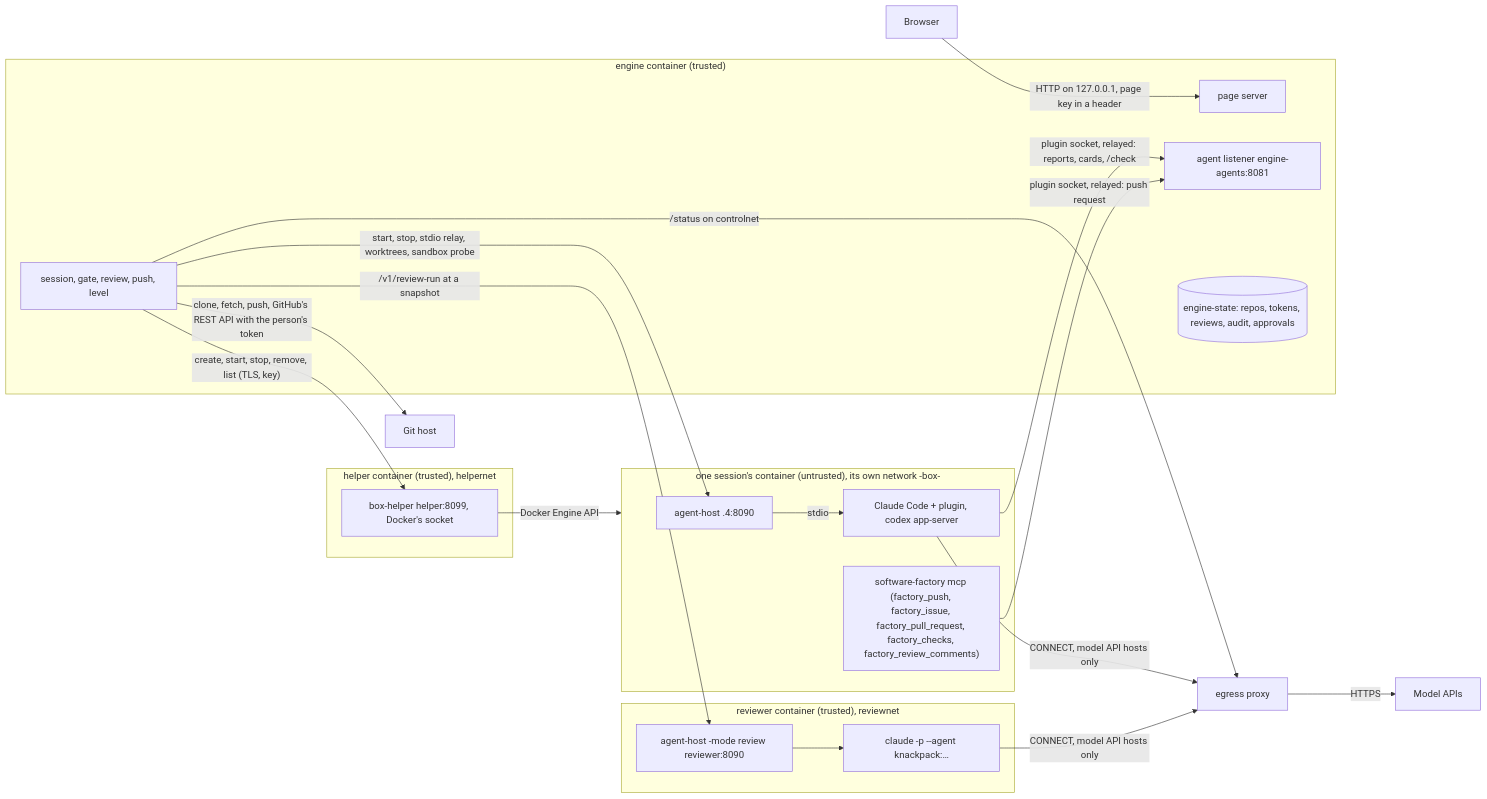
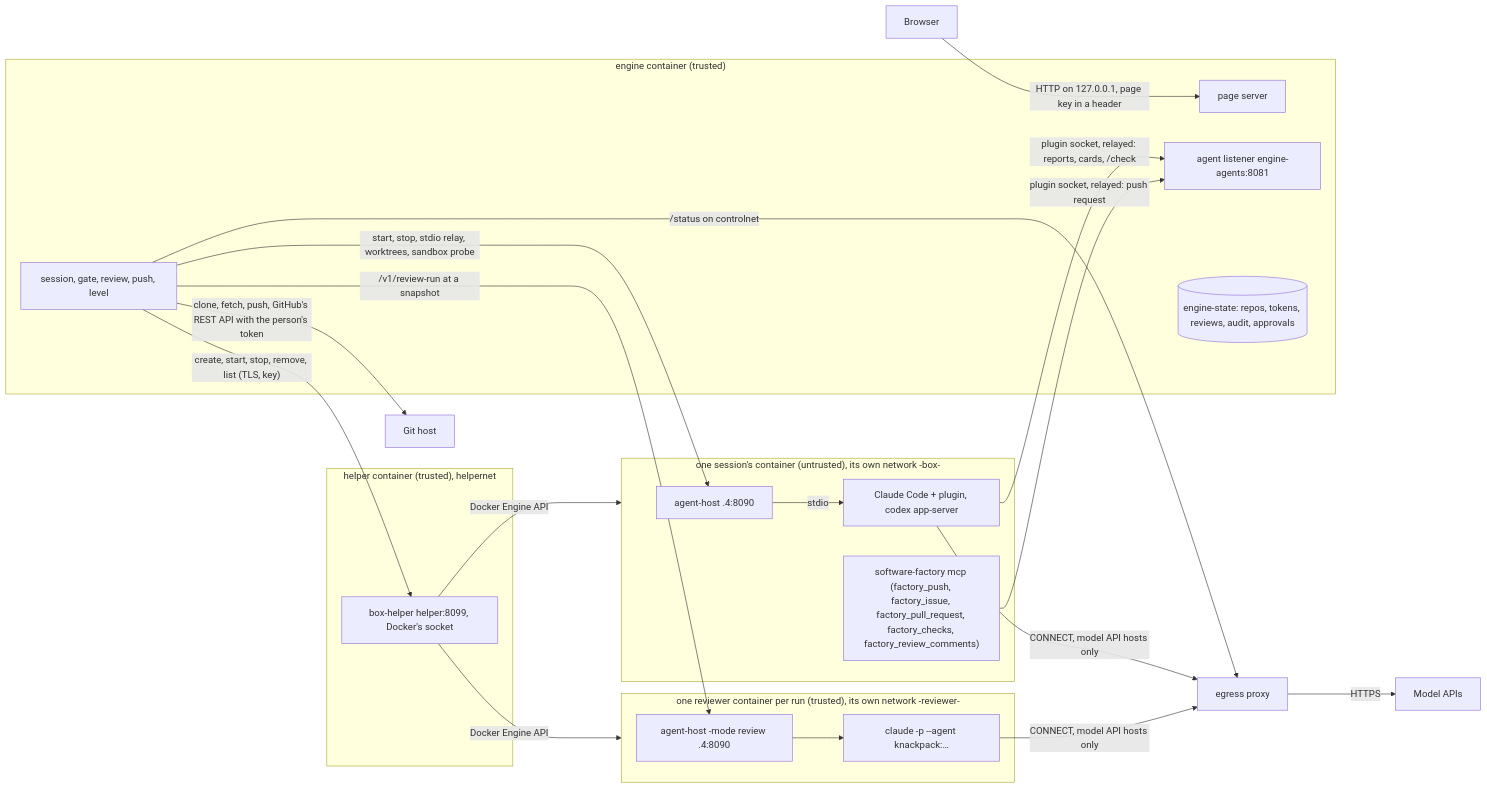
One commit to bezmoradi/software-factory changed the first of 2 diagrams in ARCHITECTURE.md. Above: the diagram before and after it, drawn with Mermaid. The commit also changed other lines of this file and 76 other files, not shown here.

````diff
--- a/ARCHITECTURE.md
+++ b/ARCHITECTURE.md
@@ -14,36 +14,37 @@
 ```mermaid
 flowchart LR
   browser["Browser"] -- "HTTP on 127.0.0.1, page key in a header" --> page
   subgraph engineC["engine container (trusted)"]
     page["page server"]
     core["session, gate, review, push, level"]
     alisten["agent listener engine-agents:8081"]
     state[("engine-state: repos, tokens, reviews, audit, approvals")]
   end
   subgraph helperC["helper container (trusted), helpernet"]
     helper["box-helper helper:8099, Docker's socket"]
   end
   subgraph agentC["one session's container (untrusted), its own network <project>-box-<box>"]
     host["agent-host .4:8090"]
     agents["Claude Code + plugin, codex app-server"]
     mcp["software-factory mcp (factory_push, factory_issue, factory_pull_request, factory_checks, factory_review_comments)"]
   end
-  subgraph reviewC["reviewer container (trusted), reviewnet"]
-    rhost["agent-host -mode review reviewer:8090"]
+  subgraph reviewC["one reviewer container per run (trusted), its own network <project>-reviewer-<run>"]
+    rhost["agent-host -mode review .4:8090"]
     reviewers["claude -p --agent knackpack:…"]
   end
   egress["egress proxy"]
   core -- "create, start, stop, remove, list (TLS, key)" --> helper
   helper -- "Docker Engine API" --> agentC
+  helper -- "Docker Engine API" --> reviewC
   core -- "start, stop, stdio relay, worktrees, sandbox probe" --> host
   host -- "stdio" --> agents
   agents -- "plugin socket, relayed: reports, cards, /check" --> alisten
   mcp -- "plugin socket, relayed: push request" --> alisten
   core -- "/v1/review-run at a snapshot" --> rhost
   rhost --> reviewers
   agents -- "CONNECT, model API hosts only" --> egress
   reviewers -- "CONNECT, model API hosts only" --> egress
   egress -- "HTTPS" --> apis["Model APIs"]
   core -- "clone, fetch, push, GitHub's REST API with the person's token" --> githost["Git host"]
   core -- "/status on controlnet" --> egress
 ```
````
